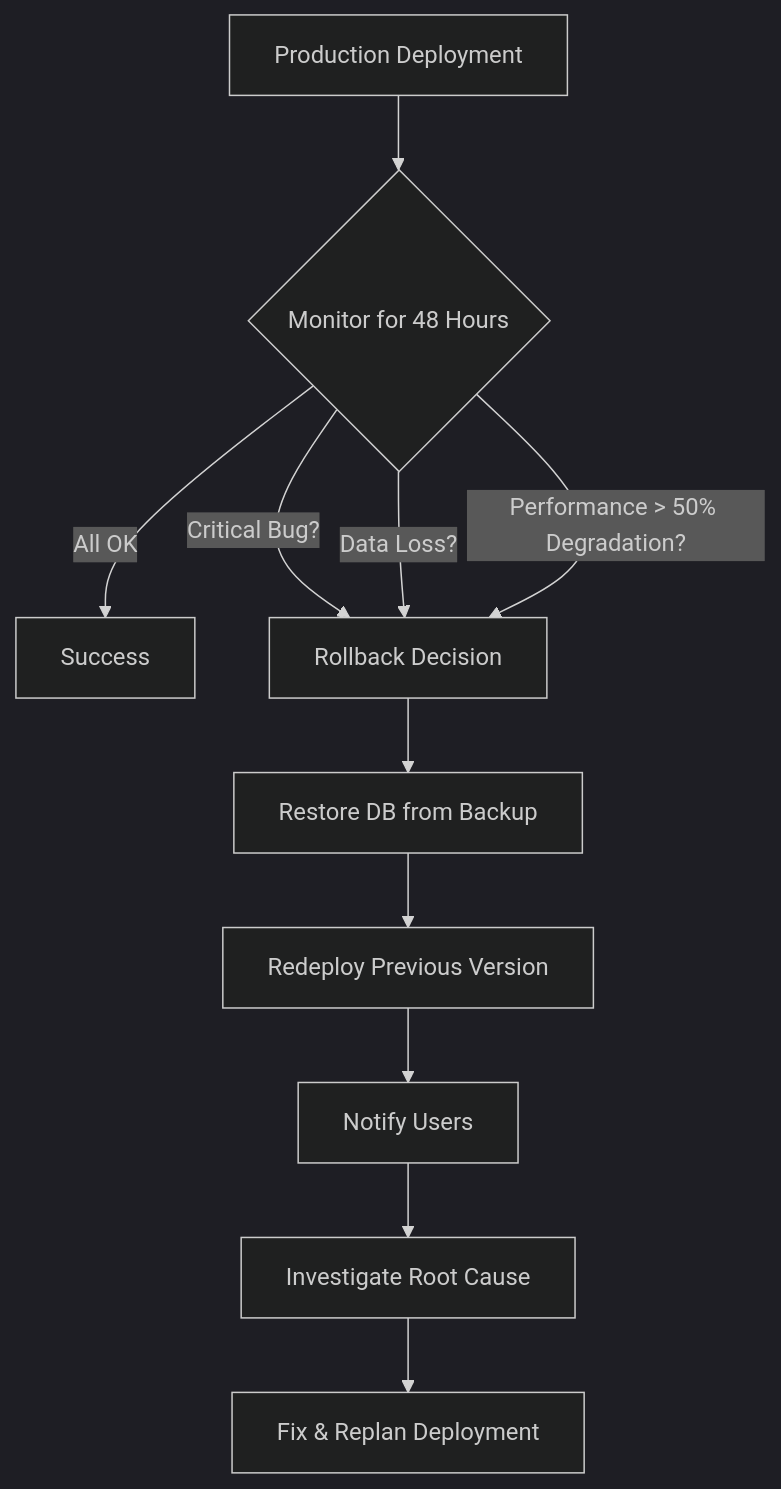
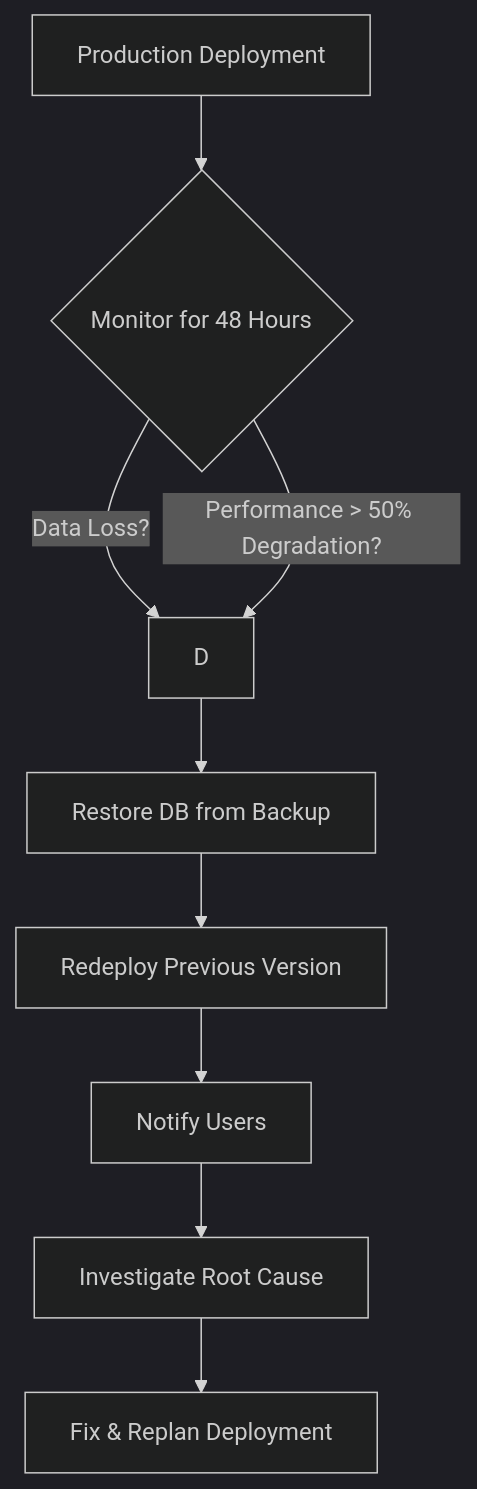
One commit to JDKoll1982/MTM_Receiving_Application changed the third of 12 diagrams in Module_Receiving/Preparation/MASTER_PROMPT_SUGGESTIONS_PRINT.md. Above: the diagram before and after it, drawn with Mermaid (dark theme). The commit also changed other lines of this file and 1 other file, not shown here.

````diff
--- a/Module_Receiving/Preparation/MASTER_PROMPT_SUGGESTIONS_PRINT.md
+++ b/Module_Receiving/Preparation/MASTER_PROMPT_SUGGESTIONS_PRINT.md
@@ -821,14 +770,12 @@
 ```mermaid
 flowchart TD
     A[Production Deployment] --> B{Monitor for 48 Hours}
-    B -->|All OK| C[Success]
-    B -->|Critical Bug?| D[Rollback Decision]
     B -->|Data Loss?| D
     B -->|Performance > 50% Degradation?| D
     
     D --> E[Restore DB from Backup]
     E --> F[Redeploy Previous Version]
     F --> G[Notify Users]
     G --> H[Investigate Root Cause]
     H --> I[Fix & Replan Deployment]
 ```
````
